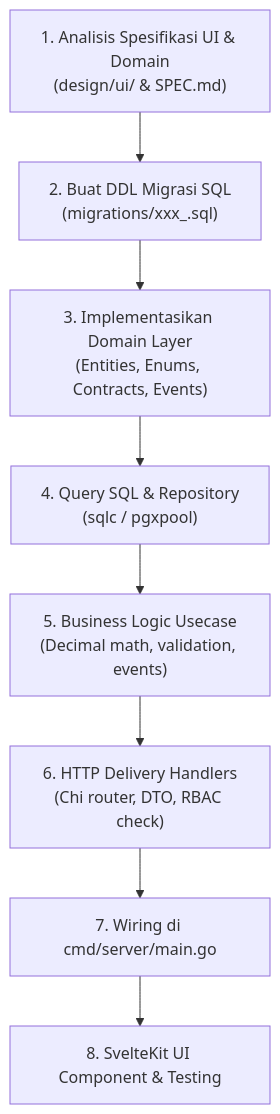
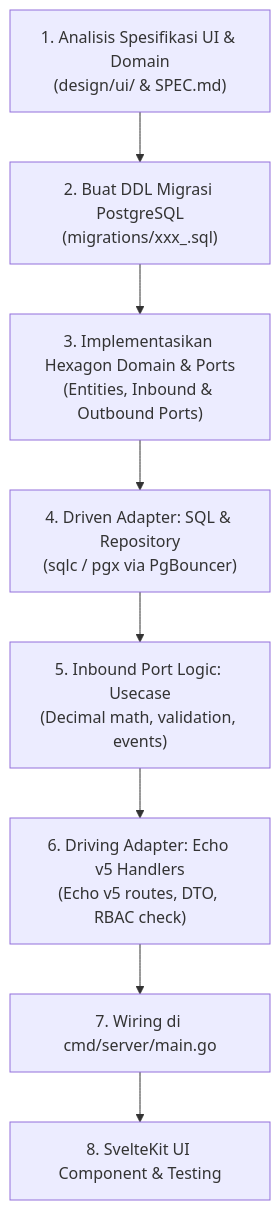
Before and after one commit to jeruktutut2/arp-monolith: the diagram in .agents/skills/erp-monolith/SKILL.md, drawn with Mermaid. The commit also changed other lines of this file and 6 other files, not shown here.

Commit message:
docs: specify Hexagonal Architecture, Golang, Echo v5, PostgreSQL, and PgBouncer

````diff
--- a/.agents/skills/erp-monolith/SKILL.md
+++ b/.agents/skills/erp-monolith/SKILL.md
@@ -45,10 +55,10 @@
 ```mermaid
 flowchart TD
-    A["1. Analisis Spesifikasi UI & Domain<br>(design/ui/<modul> & SPEC.md)"] --> B["2. Buat DDL Migrasi SQL<br>(migrations/xxx_<modul>.sql)"]
-    B --> C["3. Implementasikan Domain Layer<br>(Entities, Enums, Contracts, Events)"]
-    C --> D["4. Query SQL & Repository<br>(sqlc / pgxpool)"]
-    D --> E["5. Business Logic Usecase<br>(Decimal math, validation, events)"]
-    E --> F["6. HTTP Delivery Handlers<br>(Chi router, DTO, RBAC check)"]
+    A["1. Analisis Spesifikasi UI & Domain<br>(design/ui/<modul> & SPEC.md)"] --> B["2. Buat DDL Migrasi PostgreSQL<br>(migrations/xxx_<modul>.sql)"]
+    B --> C["3. Implementasikan Hexagon Domain & Ports<br>(Entities, Inbound & Outbound Ports)"]
+    C --> D["4. Driven Adapter: SQL & Repository<br>(sqlc / pgx via PgBouncer)"]
+    D --> E["5. Inbound Port Logic: Usecase<br>(Decimal math, validation, events)"]
+    E --> F["6. Driving Adapter: Echo v5 Handlers<br>(Echo v5 routes, DTO, RBAC check)"]
     F --> G["7. Wiring di cmd/server/main.go"]
     G --> H["8. SvelteKit UI Component & Testing"]
 ```
````
